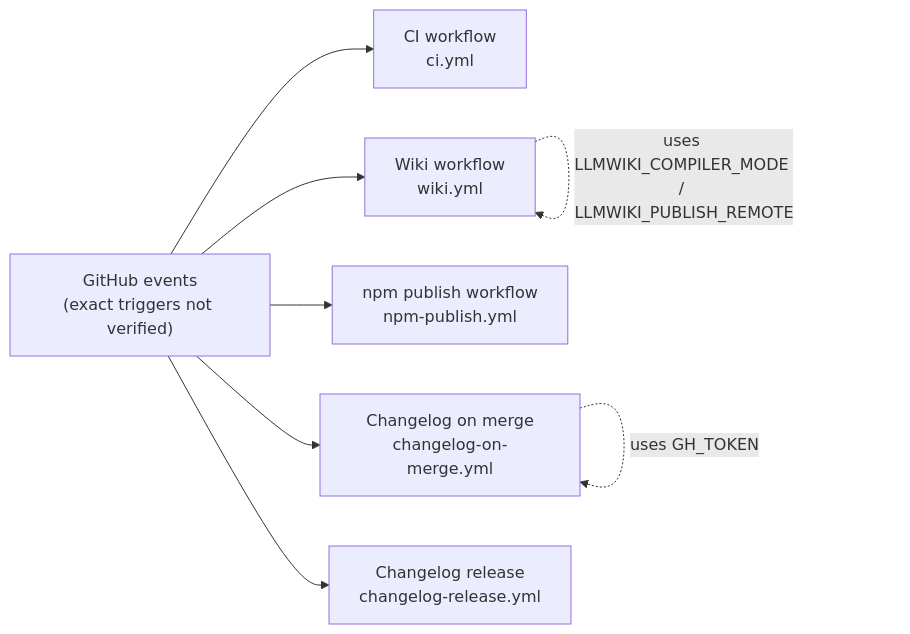
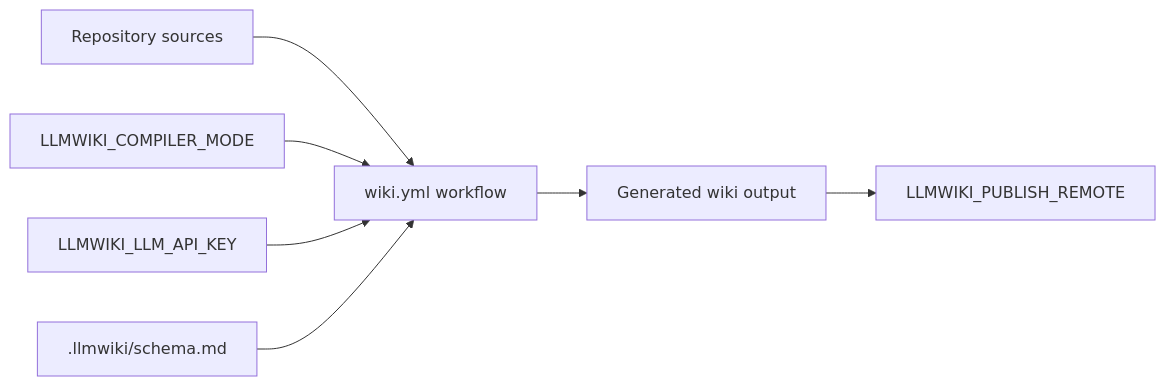
The third of 4 diagrams in Architecture.md (mfittko/repo-wiki), drawn with Mermaid before and after one commit. The commit also changed other lines of this file and 49 other files, not shown here.

Commit message:
Compile repository wiki 2026-06-13T21:30:36.825Z

````diff
--- a/Architecture.md
+++ b/Architecture.md
@@ -258,18 +204,17 @@
 ```mermaid
 flowchart LR
-  GitHubEvents["GitHub events<br/>(exact triggers not verified)"]
-  CI["CI workflow<br/>ci.yml"]
-  Wiki["Wiki workflow<br/>wiki.yml"]
-  NpmPublish["npm publish workflow<br/>npm-publish.yml"]
-  ChangelogMerge["Changelog on merge<br/>changelog-on-merge.yml"]
-  ChangelogRelease["Changelog release<br/>changelog-release.yml"]
+  Repo["Repository sources"]
+  Workflow["wiki.yml workflow"]
+  Mode["LLMWIKI_COMPILER_MODE"]
+  LLMKey["LLMWIKI_LLM_API_KEY"]
+  Schema[".llmwiki/schema.md"]
+  Output["Generated wiki output"]
+  Remote["LLMWIKI_PUBLISH_REMOTE"]
 
-  GitHubEvents --> CI
-  GitHubEvents --> Wiki
-  GitHubEvents --> NpmPublish
-  GitHubEvents --> ChangelogMerge
-  GitHubEvents --> ChangelogRelease
-
-  Wiki -. "uses LLMWIKI_COMPILER_MODE / LLMWIKI_PUBLISH_REMOTE" .-> Wiki
-  ChangelogMerge -. "uses GH_TOKEN" .-> ChangelogMerge
+  Repo --> Workflow
+  Mode --> Workflow
+  LLMKey --> Workflow
+  Schema --> Workflow
+  Workflow --> Output
+  Output --> Remote
 ```
````
